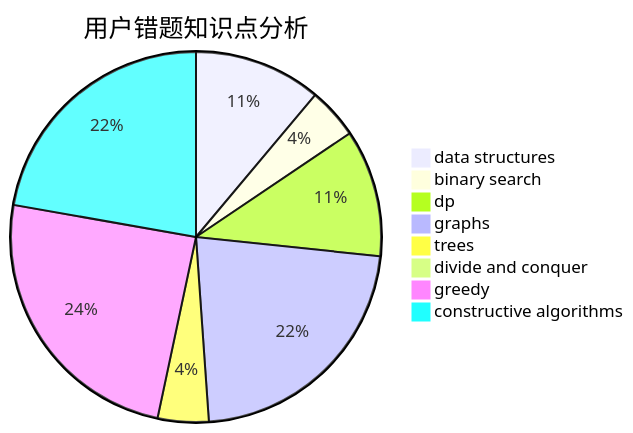
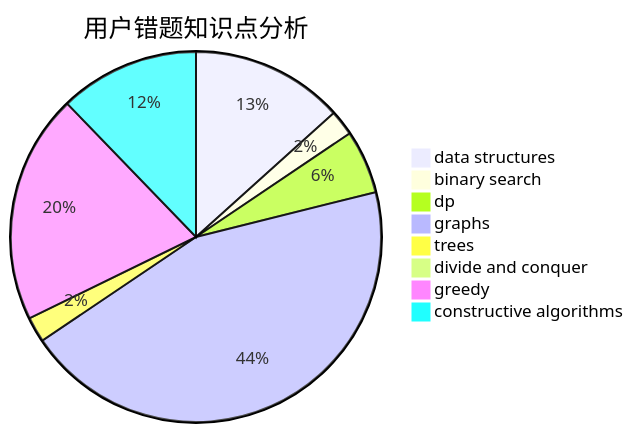
One commit to sherpahu/cfrs.github.io changed the third of 3 diagrams in docs/user/u924.md. Above: the diagram before and after it, drawn with Mermaid. The commit also changed other lines of this file and 2770 other files, not shown here.

````diff
--- a/docs/user/u924.md
+++ b/docs/user/u924.md
@@ -36,11 +36,11 @@
 ```mermaid
 pie title 用户错题知识点分析
-    "data structures" :  5
+    "data structures" :  12
     "binary search" :  2
     "dp" :  5
-    "graphs" :  10
+    "graphs" :  40
     "trees" :  2
     "divide and conquer" :  0
-    "greedy" :  11
-    "constructive algorithms" :  10
+    "greedy" :  18
+    "constructive algorithms" :  11
 ```
````
